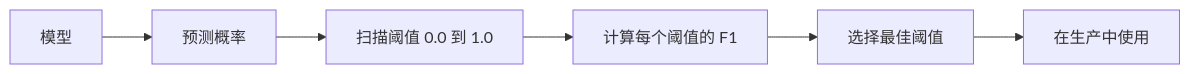
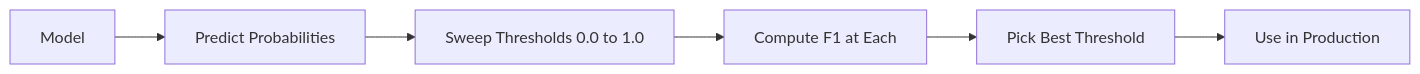
The third of 4 diagrams in i18n/zh/phases/02-ml-fundamentals/17-imbalanced-data/docs/zh.md (xiaojiaenen/ai-engineering-from-scratch-zh), drawn with Mermaid before and after one commit. The commit also changed other lines of this file and 18 other files, not shown here.

````diff
--- a/i18n/zh/phases/02-ml-fundamentals/17-imbalanced-data/docs/zh.md
+++ b/i18n/zh/phases/02-ml-fundamentals/17-imbalanced-data/docs/zh.md
@@ -166,8 +166,8 @@
 ```mermaid
 flowchart LR
-    A[模型] --> B[预测概率]
-    B --> C[扫描阈值 0.0 到 1.0]
-    C --> D[计算每个阈值的 F1]
-    D --> E[选择最佳阈值]
-    E --> F[在生产中使用]
+    A[Model] --> B[Predict Probabilities]
+    B --> C[Sweep Thresholds 0.0 to 1.0]
+    C --> D[Compute F1 at Each]
+    D --> E[Pick Best Threshold]
+    E --> F[Use in Production]
 ```
````
